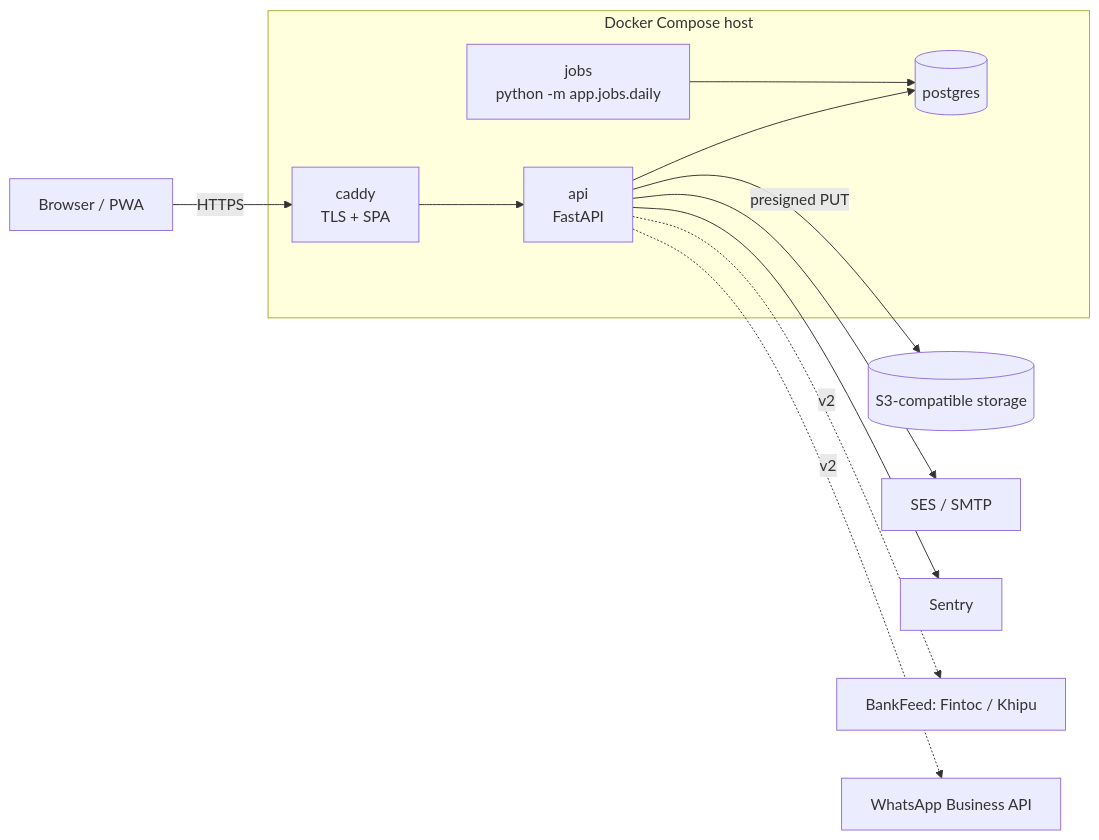
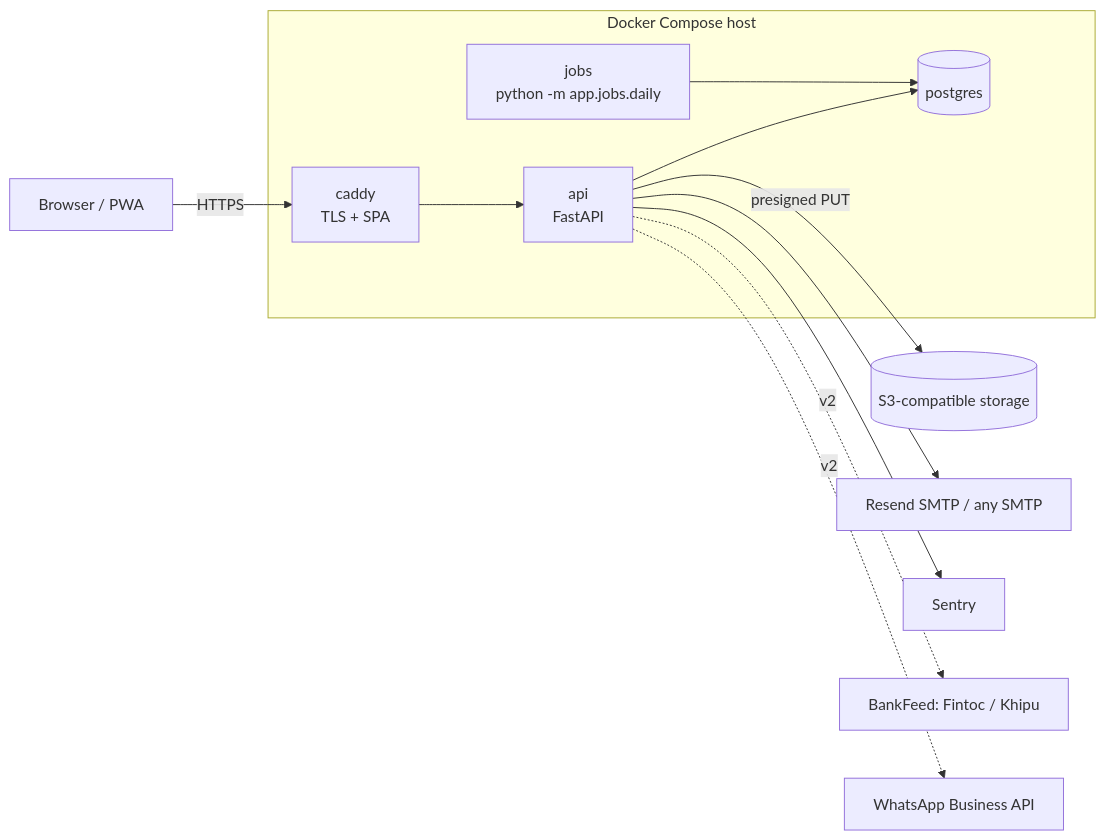
The third of 3 diagrams in docs/technical.md (rakin-app/rakin), drawn with Mermaid before and after one commit. The commit also changed other lines of this file and 40 other files, not shown here.

First line of the commit message:
Email pipeline: Resend via SMTP, Spanish templates, message_log: add the notice pipeline and one-click unsubscribe (#102)

````diff
--- a/docs/technical.md
+++ b/docs/technical.md
@@ -130,14 +133,14 @@
 ```mermaid
 flowchart LR
     U[Browser / PWA] -->|HTTPS| C
     subgraph Compose[Docker Compose host]
       C[caddy<br/>TLS + SPA] --> A[api<br/>FastAPI]
       J[jobs<br/>python -m app.jobs.daily] --> P[(postgres)]
       A --> P
     end
     A -->|presigned PUT| S[(S3-compatible storage)]
-    A --> E[SES / SMTP]
+    A --> E[Resend SMTP / any SMTP]
     A --> Y[Sentry]
     A -. v2 .-> B[BankFeed: Fintoc / Khipu]
     A -. v2 .-> W[WhatsApp Business API]
 ```
````
